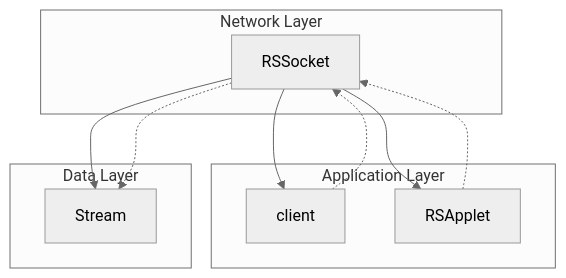
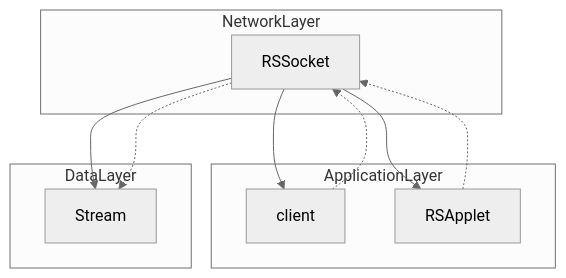
Before and after one commit to daxxog/solmud: the diagram in bytecode/mapping/evidence/verified/RSSocket_NQABEVLK.md, drawn with Mermaid (neutral theme). The commit also changed 10 other files, not shown here.

````diff
--- a/bytecode/mapping/evidence/verified/RSSocket_NQABEVLK.md
+++ b/bytecode/mapping/evidence/verified/RSSocket_NQABEVLK.md
@@ -17,23 +17,23 @@
 ```mermaid
 graph TD
     RSSocket --> client[client]
     RSSocket --> RSApplet[RSApplet]
     RSSocket --> Stream[Stream]
 
-    subgraph "Network Layer"
+    subgraph NetworkLayer
         RSSocket
     end
 
-    subgraph "Application Layer"
+    subgraph ApplicationLayer
         client
         RSApplet
     end
 
-    subgraph "Data Layer"
+    subgraph DataLayer
         Stream
     end
 
     client -.-> RSSocket
     RSApplet -.-> RSSocket
     RSSocket -.-> Stream
 ```
````
